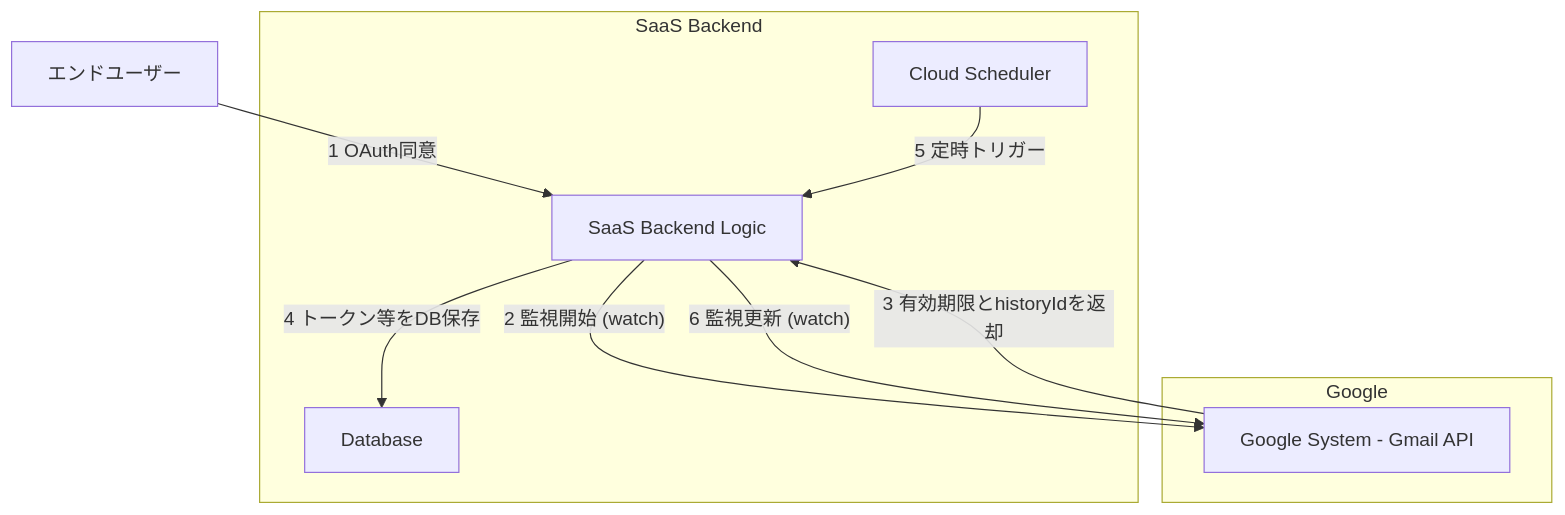
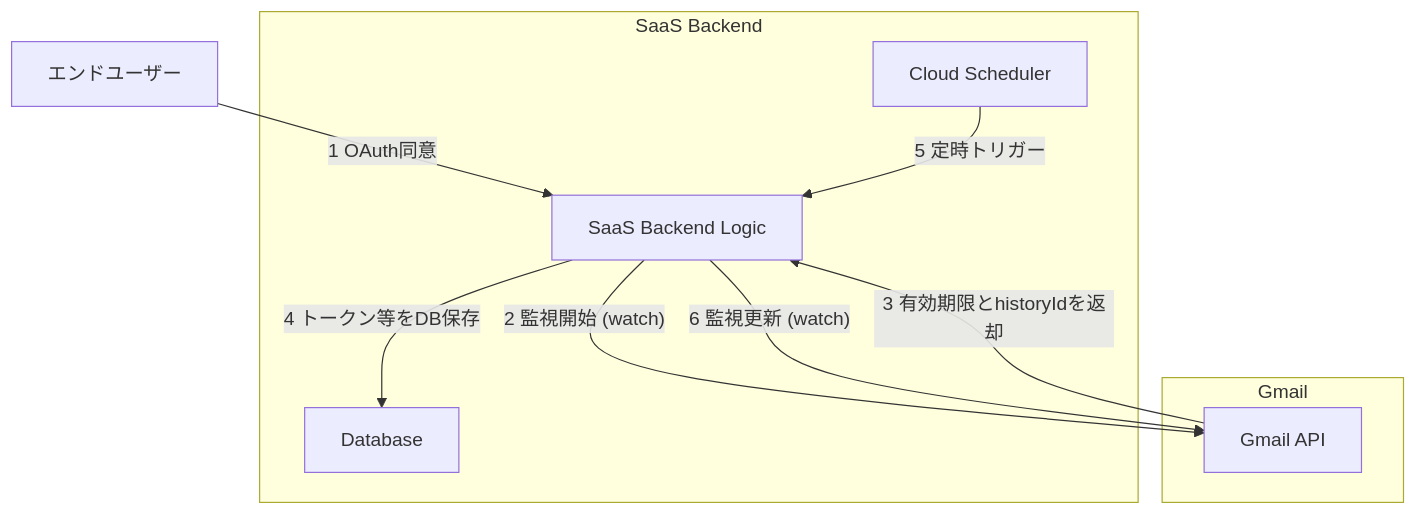
The second of 4 diagrams in articles/gmail_app_gcp_20250718.md (suwa-sh/zenn-contents), drawn with Mermaid before and after one commit. The commit also changed other lines of this file, not shown here.

````diff
--- a/articles/gmail_app_gcp_20250718.md
+++ b/articles/gmail_app_gcp_20250718.md
@@ -85,19 +85,19 @@
 ```mermaid
 graph TD
     subgraph SaaS Backend
         SB[SaaS Backend Logic]
         DB[Database]
         CS[Cloud Scheduler]
     end
 
-    subgraph Google
-        GS[Google System - Gmail API]
+    subgraph Gmail
+        GS[Gmail API]
     end
 
     U[エンドユーザー] -- "1 OAuth同意" --> SB
     SB -- "2 監視開始 (watch)" --> GS
     GS -- "3 有効期限とhistoryIdを返却" --> SB
     SB -- "4 トークン等をDB保存" --> DB
     CS -- "5 定時トリガー" --> SB
     SB -- "6 監視更新 (watch)" --> GS
 ```
````
